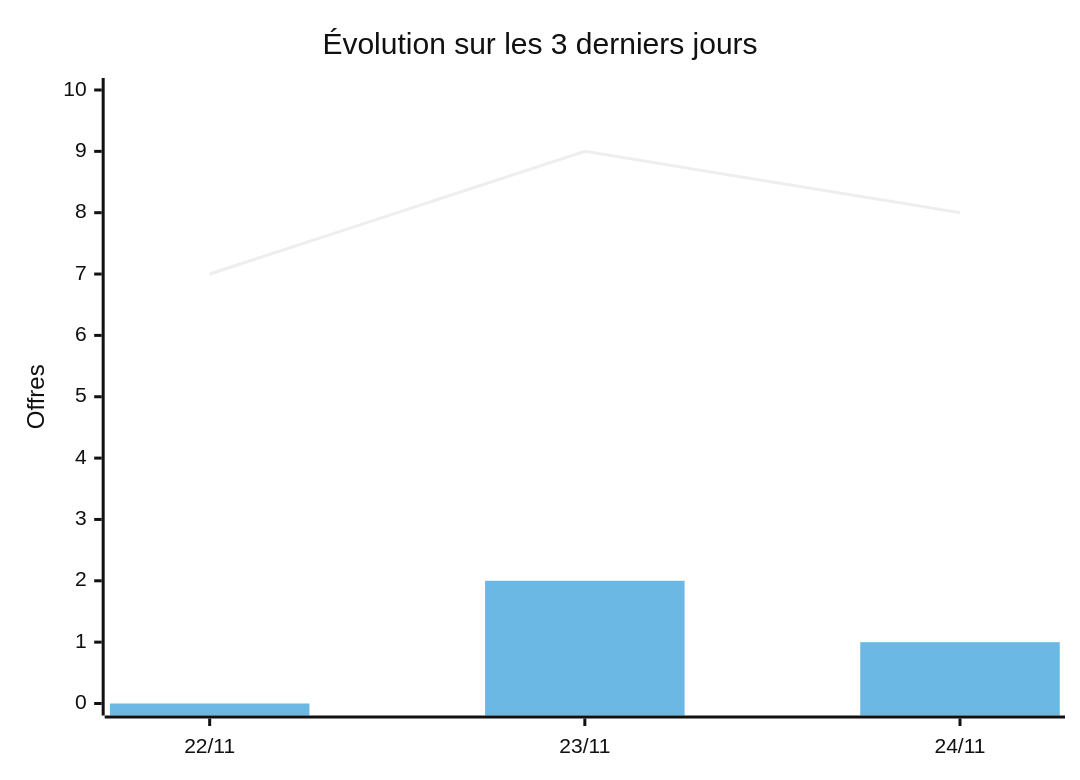
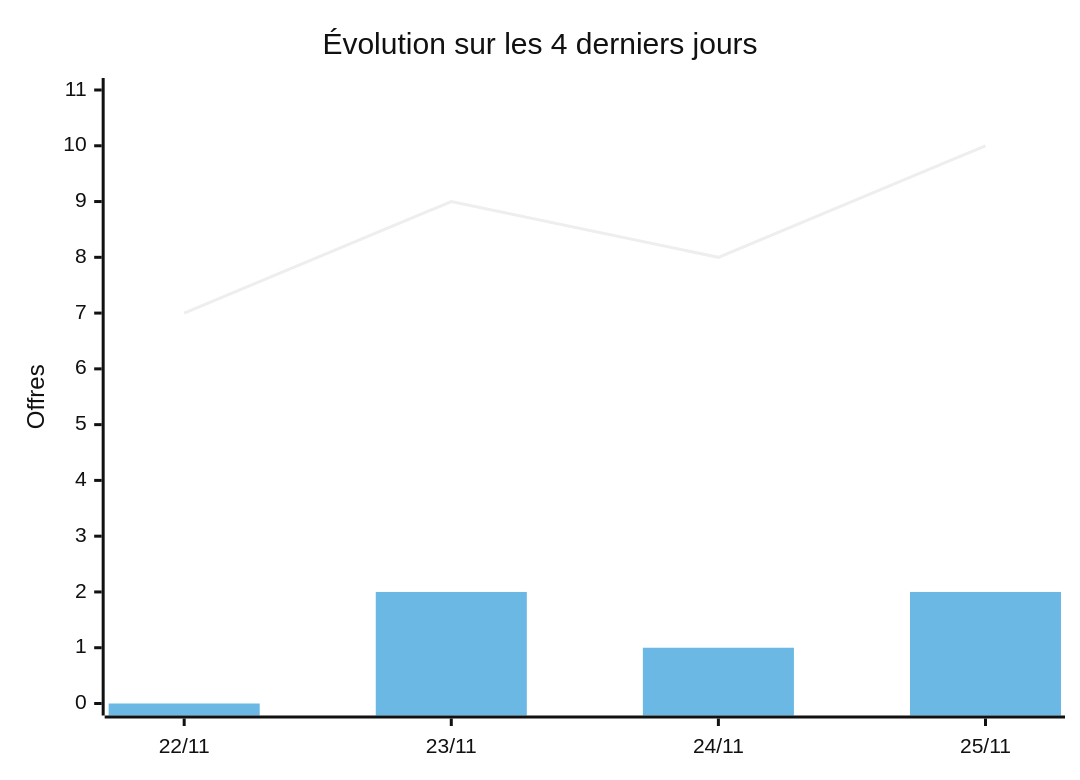
One commit to Abusooma/offres-tech-africa changed the third of 3 diagrams in README.md. Above: the diagram before and after it, drawn with Mermaid (neutral theme). The commit also changed other lines of this file and 2 other files, not shown here.

Commit message:
data: 2 nouvelles offres tech le 2026-11-25 (PNUE, United Nations Interim Security Force for Abyei- created under GA resolution 1990 (2011))

````diff
--- a/README.md
+++ b/README.md
@@ -75,8 +89,8 @@
 ```mermaid
 xychart-beta
-    title "Évolution sur les 3 derniers jours"
-    x-axis ["22/11", "23/11", "24/11"]
-    y-axis "Offres" 0 --> 10
-    line [7, 9, 8]
-    bar [0, 2, 1]
+    title "Évolution sur les 4 derniers jours"
+    x-axis ["22/11", "23/11", "24/11", "25/11"]
+    y-axis "Offres" 0 --> 11
+    line [7, 9, 8, 10]
+    bar [0, 2, 1, 2]
 ```
````
